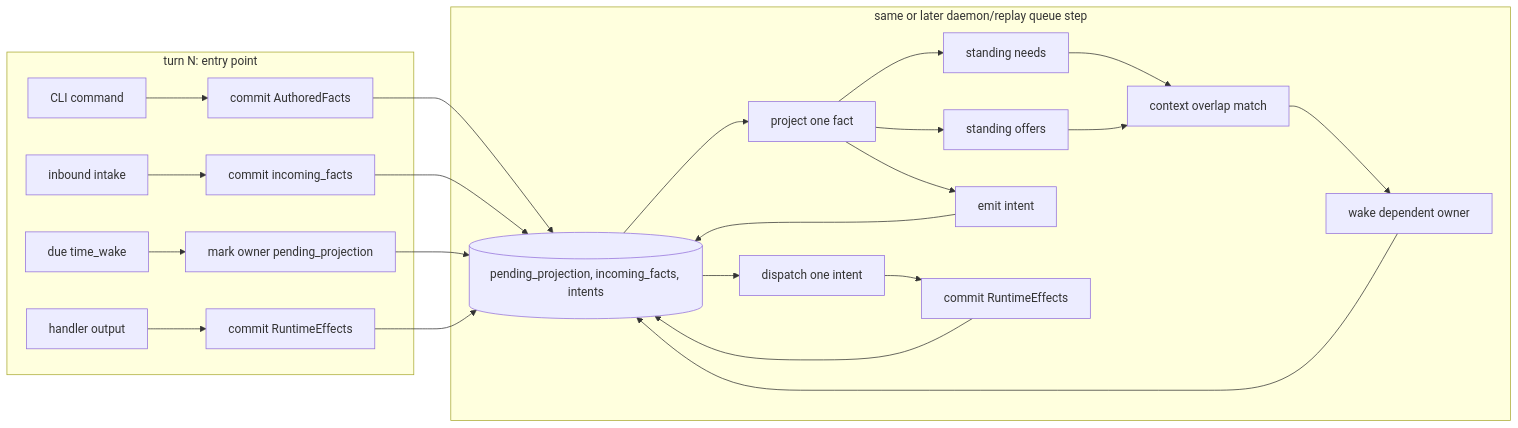
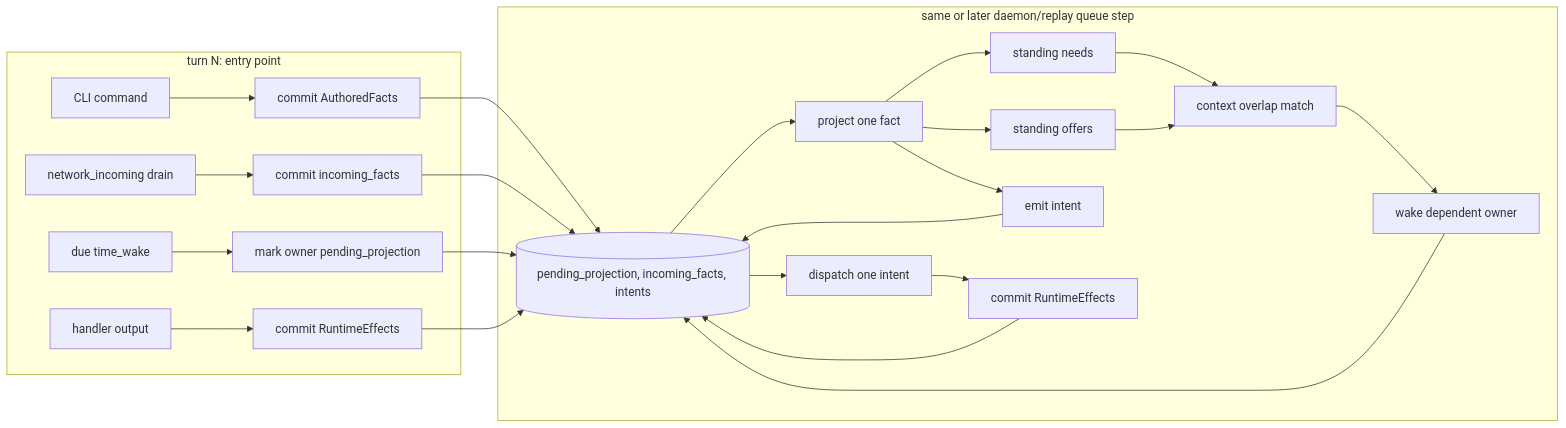
The seventh of 9 diagrams in ARCHITECTURE_DIAGRAMS.md (holmesworcester/poc-10), drawn with Mermaid before and after one commit. The commit also changed other lines of this file and 26 other files, not shown here.

Commit message:
Move inbound network durability to projectors

````diff
--- a/ARCHITECTURE_DIAGRAMS.md
+++ b/ARCHITECTURE_DIAGRAMS.md
@@ -340,31 +341,31 @@
 ```mermaid
 %%{init: {"flowchart": {"wrappingWidth": 300}} }%%
 flowchart LR
     subgraph ENTRY["turn N: entry point"]
         CMD["CLI command"] --> AUTHORED["commit AuthoredFacts"]
-        NET["inbound intake"] --> INCOMING["commit incoming_facts"]
+        NET["network_incoming drain"] --> INCOMING["commit incoming_facts"]
         TIME["due time_wake"] --> WOKEN["mark owner pending_projection"]
         HANDLER_OUT["handler output"] --> EFFECTS_IN["commit RuntimeEffects"]
     end
 
     AUTHORED --> QUEUES[("pending_projection, incoming_facts, intents")]
     INCOMING --> QUEUES
     WOKEN --> QUEUES
     EFFECTS_IN --> QUEUES
 
     subgraph DRAIN["same or later daemon/replay queue step"]
         QUEUES --> PROJECT["project one fact"]
         PROJECT --> NEEDS["standing needs"]
         PROJECT --> OFFERS["standing offers"]
         NEEDS --> MATCH["context overlap match"]
         OFFERS --> MATCH
         MATCH --> WAKE["wake dependent owner"]
         PROJECT --> INTENT["emit intent"]
         QUEUES --> HANDLER["dispatch one intent"]
         HANDLER --> EFFECTS_OUT["commit RuntimeEffects"]
     end
 
     WAKE --> QUEUES
     INTENT --> QUEUES
     EFFECTS_OUT --> QUEUES
 ```
````
